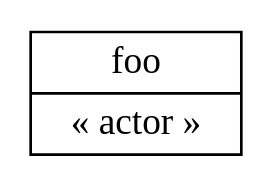
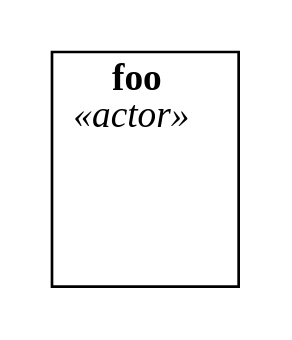
The diagram in src/exporter/simple.dot (ryepup/c4-lab), drawn with Graphviz before and after one commit. The commit also changed 7 other files, not shown here.

```diff
--- a/src/exporter/simple.dot
+++ b/src/exporter/simple.dot
@@ -1,3 +1,7 @@
 digraph g {
-  g0 [shape=record label="{foo | &#171; actor &#187; }"]
+  compound=true
+  subgraph cluster0 {
+    label=<<B>foo</B><BR/><I>&#171;actor&#187;</I>>
+    g0 [shape=plaintext label=""]
+  }
 }
```
